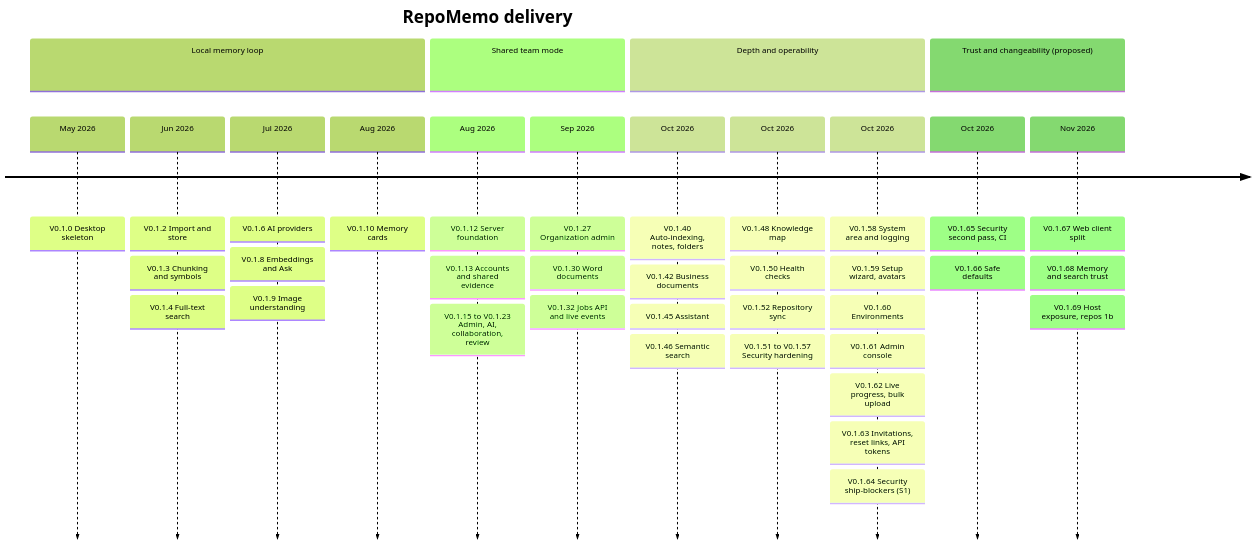
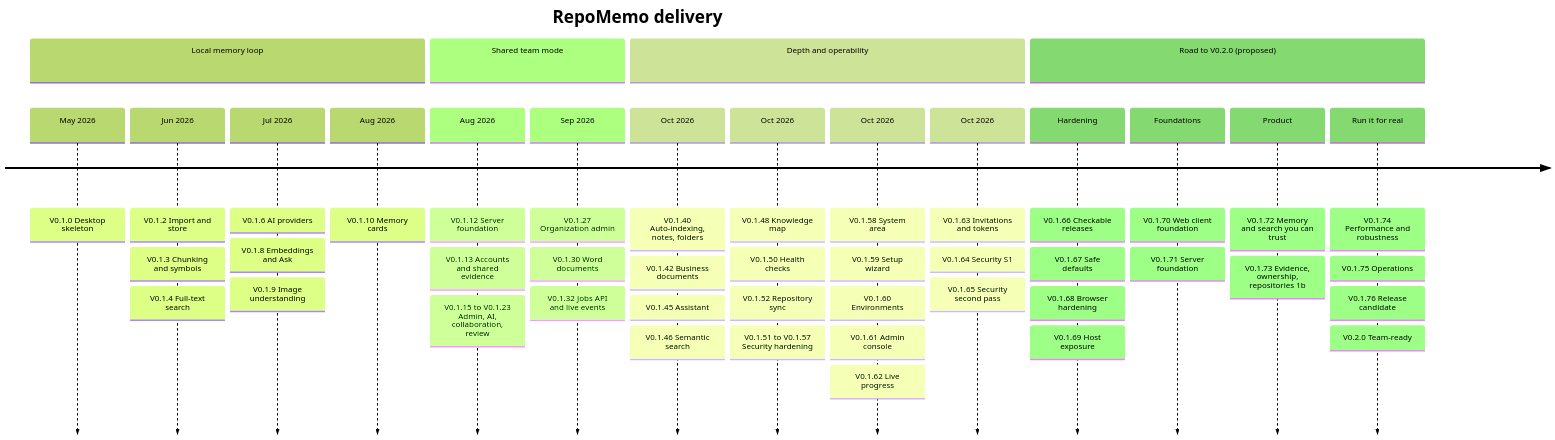
The diagram in mindmap/ROADMAP.md (winksen/RepoMemo), drawn with Mermaid (forest theme) before and after one commit. The commit also changed other lines of this file and 23 other files, not shown here.

````diff
--- a/mindmap/ROADMAP.md
+++ b/mindmap/ROADMAP.md
@@ -18,19 +18,22 @@
 ```mermaid
 timeline
   title RepoMemo delivery
   section Local memory loop
     May 2026 : V0.1.0 Desktop skeleton
     Jun 2026 : V0.1.2 Import and store : V0.1.3 Chunking and symbols : V0.1.4 Full-text search
     Jul 2026 : V0.1.6 AI providers : V0.1.8 Embeddings and Ask : V0.1.9 Image understanding
     Aug 2026 : V0.1.10 Memory cards
   section Shared team mode
     Aug 2026 : V0.1.12 Server foundation : V0.1.13 Accounts and shared evidence : V0.1.15 to V0.1.23 Admin, AI, collaboration, review
     Sep 2026 : V0.1.27 Organization admin : V0.1.30 Word documents : V0.1.32 Jobs API and live events
   section Depth and operability
     Oct 2026 : V0.1.40 Auto-indexing, notes, folders : V0.1.42 Business documents : V0.1.45 Assistant : V0.1.46 Semantic search
     Oct 2026 : V0.1.48 Knowledge map : V0.1.50 Health checks : V0.1.52 Repository sync : V0.1.51 to V0.1.57 Security hardening
-    Oct 2026 : V0.1.58 System area and logging : V0.1.59 Setup wizard, avatars : V0.1.60 Environments : V0.1.61 Admin console : V0.1.62 Live progress, bulk upload : V0.1.63 Invitations, reset links, API tokens : V0.1.64 Security ship-blockers (S1)
-  section Trust and changeability (proposed)
-    Oct 2026 : V0.1.65 Security second pass, CI : V0.1.66 Safe defaults
-    Nov 2026 : V0.1.67 Web client split : V0.1.68 Memory and search trust : V0.1.69 Host exposure, repos 1b
+    Oct 2026 : V0.1.58 System area : V0.1.59 Setup wizard : V0.1.60 Environments : V0.1.61 Admin console : V0.1.62 Live progress
+    Oct 2026 : V0.1.63 Invitations and tokens : V0.1.64 Security S1 : V0.1.65 Security second pass
+  section Road to V0.2.0 (proposed)
+    Hardening : V0.1.66 Checkable releases : V0.1.67 Safe defaults : V0.1.68 Browser hardening : V0.1.69 Host exposure
+    Foundations : V0.1.70 Web client foundation : V0.1.71 Server foundation
+    Product : V0.1.72 Memory and search you can trust : V0.1.73 Evidence, ownership, repositories 1b
+    Run it for real : V0.1.74 Performance and robustness : V0.1.75 Operations : V0.1.76 Release candidate : V0.2.0 Team-ready
 ```
````
